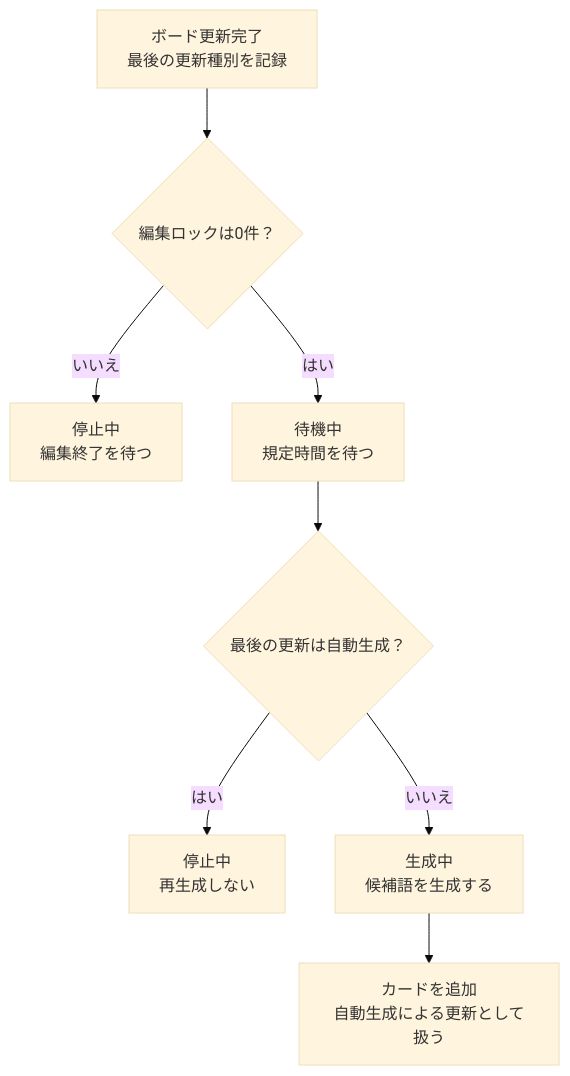
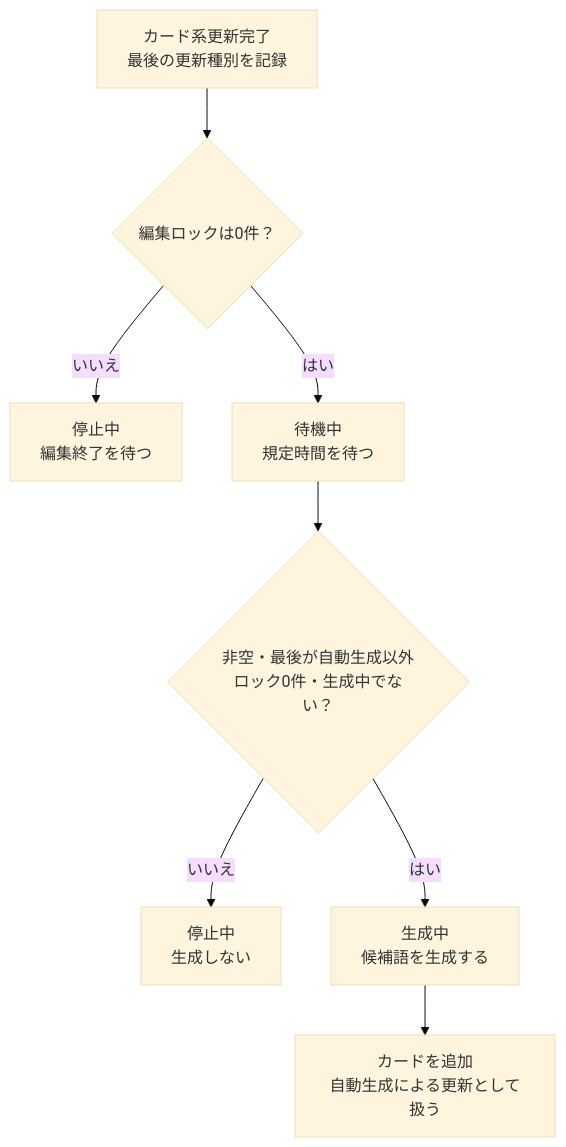
One commit to jphacks/ng_2617 changed the third of 3 diagrams in docs/edit-lifecycle-plan.md. Above: the diagram before and after it, drawn with Mermaid (base theme). The commit also changed other lines of this file and 5 other files, not shown here.

````diff
--- a/docs/edit-lifecycle-plan.md
+++ b/docs/edit-lifecycle-plan.md
@@ -190,10 +259,10 @@
 ```mermaid
 flowchart TD
-    A["ボード更新完了<br/>最後の更新種別を記録"] --> B{"編集ロックは0件？"}
+    A["カード系更新完了<br/>最後の更新種別を記録"] --> B{"編集ロックは0件？"}
     B -->|"いいえ"| C["停止中<br/>編集終了を待つ"]
     B -->|"はい"| D["待機中<br/>規定時間を待つ"]
-    D --> E{"最後の更新は自動生成？"}
-    E -->|"はい"| F["停止中<br/>再生成しない"]
-    E -->|"いいえ"| G["生成中<br/>候補語を生成する"]
+    D --> E{"非空・最後が自動生成以外<br/>ロック0件・生成中でない？"}
+    E -->|"いいえ"| F["停止中<br/>生成しない"]
+    E -->|"はい"| G["生成中<br/>候補語を生成する"]
     G --> H["カードを追加<br/>自動生成による更新として扱う"]
 ```
````
